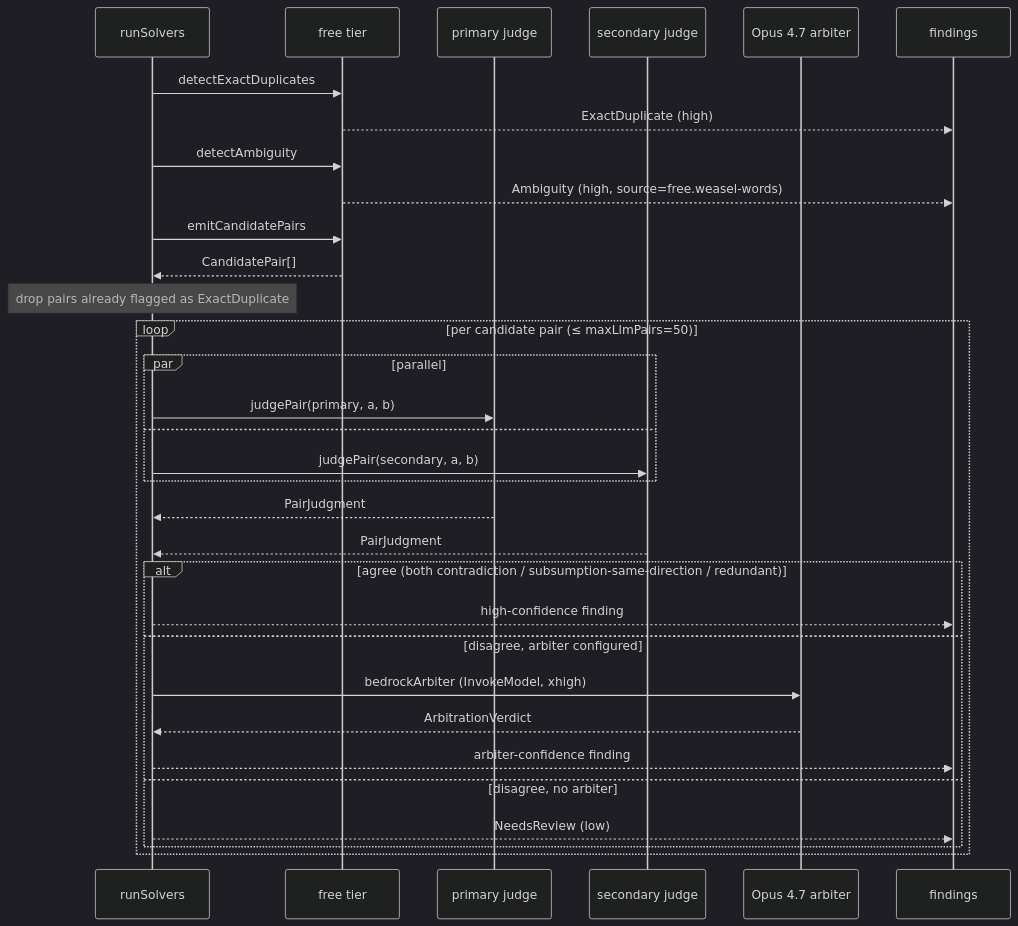
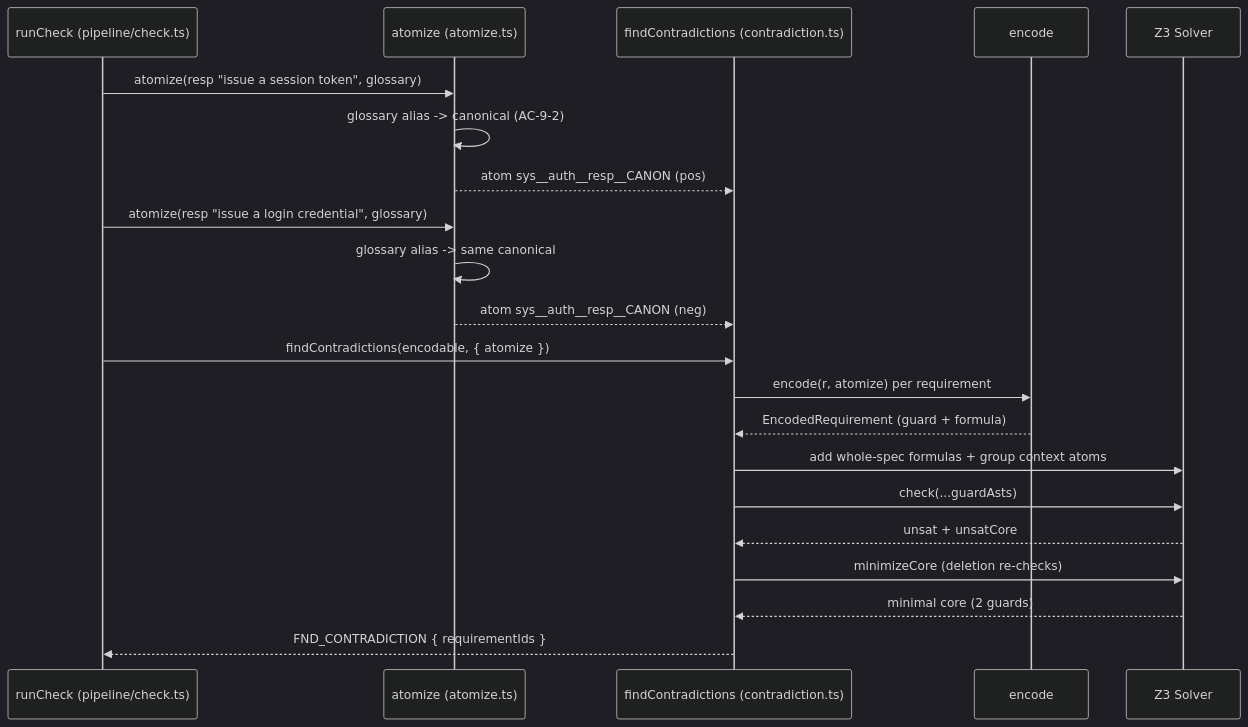
Before and after one commit to theagenticguy/symspec: the third of 3 diagrams in docs/diagrams/behavioral/sequences.md, drawn with Mermaid (dark theme). The commit also changed other lines of this file and 20 other files, not shown here.

````diff
--- a/docs/diagrams/behavioral/sequences.md
+++ b/docs/diagrams/behavioral/sequences.md
@@ -56,35 +71,23 @@
 ```mermaid
 sequenceDiagram
-    participant Caller as runSolvers
-    participant Free as free tier
-    participant Pri as primary judge
-    participant Sec as secondary judge
-    participant Arb as Opus 4.7 arbiter
-    participant Out as findings
-
-    Caller->>Free: detectExactDuplicates
-    Free-->>Out: ExactDuplicate (high)
-    Caller->>Free: detectAmbiguity
-    Free-->>Out: Ambiguity (high, source=free.weasel-words)
-    Caller->>Free: emitCandidatePairs
-    Free-->>Caller: CandidatePair[]
-    Note over Caller: drop pairs already flagged as ExactDuplicate
-    loop per candidate pair (≤ maxLlmPairs=50)
-        par parallel
-            Caller->>Pri: judgePair(primary, a, b)
-        and
-            Caller->>Sec: judgePair(secondary, a, b)
-        end
-        Pri-->>Caller: PairJudgment
-        Sec-->>Caller: PairJudgment
-        alt agree (both contradiction / subsumption-same-direction / redundant)
-            Caller-->>Out: high-confidence finding
-        else disagree, arbiter configured
-            Caller->>Arb: bedrockArbiter (InvokeModel, xhigh)
-            Arb-->>Caller: ArbitrationVerdict
-            Caller-->>Out: arbiter-confidence finding
-        else disagree, no arbiter
-            Caller-->>Out: NeedsReview (low)
-        end
-    end
+    participant Pipe as runCheck (pipeline/check.ts)
+    participant Atom as atomize (atomize.ts)
+    participant Find as findContradictions (contradiction.ts)
+    participant Enc as encode
+    participant Z3 as Z3 Solver
+    Pipe->>Atom: atomize(resp "issue a session token", glossary)
+    Atom->>Atom: glossary alias -> canonical (AC-9-2)
+    Atom-->>Find: atom sys__auth__resp__CANON (pos)
+    Pipe->>Atom: atomize(resp "issue a login credential", glossary)
+    Atom->>Atom: glossary alias -> same canonical
+    Atom-->>Find: atom sys__auth__resp__CANON (neg)
+    Pipe->>Find: findContradictions(encodable, { atomize })
+    Find->>Enc: encode(r, atomize) per requirement
+    Enc-->>Find: EncodedRequirement (guard + formula)
+    Find->>Z3: add whole-spec formulas + group context atoms
+    Find->>Z3: check(...guardAsts)
+    Z3-->>Find: unsat + unsatCore
+    Find->>Z3: minimizeCore (deletion re-checks)
+    Z3-->>Find: minimal core (2 guards)
+    Find-->>Pipe: FND_CONTRADICTION { requirementIds }
 ```
````
